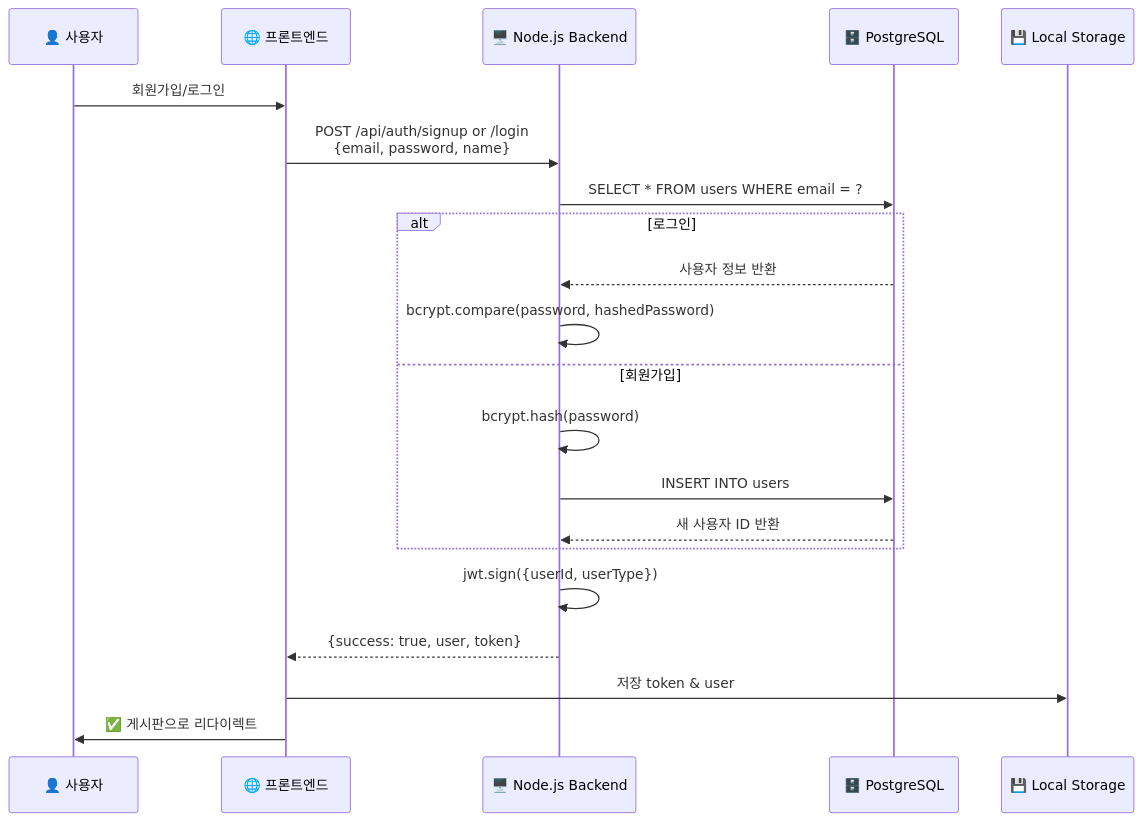
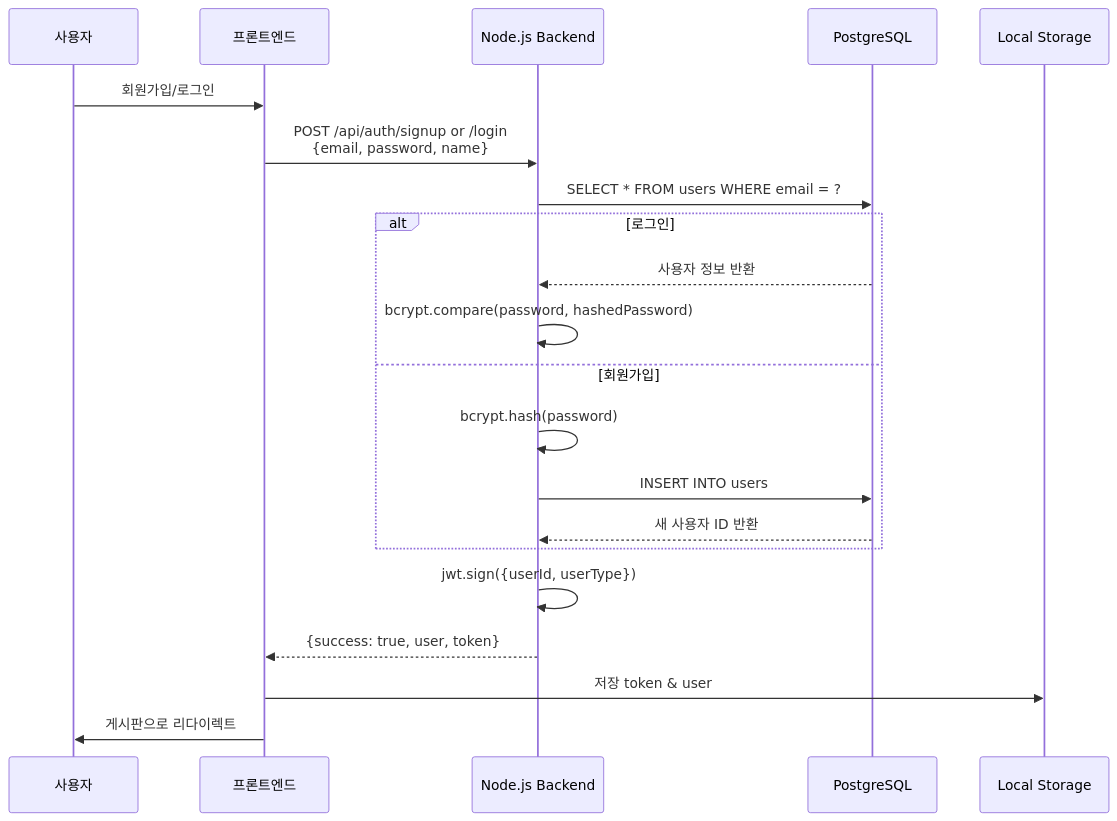
The eighth of 12 diagrams in Architecture.md (kyoe-23/DeepLearning_project), drawn with Mermaid before and after one commit. The commit also changed other lines of this file, not shown here.

````diff
--- a/Architecture.md
+++ b/Architecture.md
@@ -495,26 +495,26 @@
 ```mermaid
 sequenceDiagram
-    participant User as 👤 사용자
-    participant FE as 🌐 프론트엔드
-    participant BE as 🖥️ Node.js Backend
-    participant DB as 🗄️ PostgreSQL
-    participant LS as 💾 Local Storage
+    participant User as 사용자
+    participant FE as 프론트엔드
+    participant BE as Node.js Backend
+    participant DB as PostgreSQL
+    participant LS as Local Storage
 
     User->>FE: 회원가입/로그인
     FE->>BE: POST /api/auth/signup or /login<br/>{email, password, name}
     BE->>DB: SELECT * FROM users WHERE email = ?
 
     alt 로그인
         DB-->>BE: 사용자 정보 반환
         BE->>BE: bcrypt.compare(password, hashedPassword)
     else 회원가입
         BE->>BE: bcrypt.hash(password)
         BE->>DB: INSERT INTO users
         DB-->>BE: 새 사용자 ID 반환
     end
 
     BE->>BE: jwt.sign({userId, userType})
     BE-->>FE: {success: true, user, token}
     FE->>LS: 저장 token & user
-    FE->>User: ✅ 게시판으로 리다이렉트
+    FE->>User: 게시판으로 리다이렉트
 ```
````
